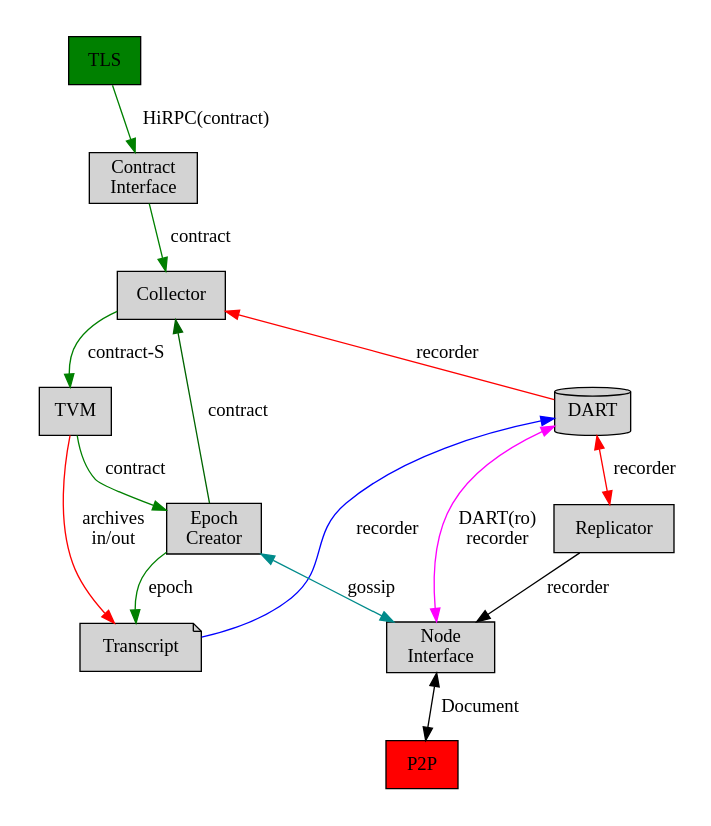
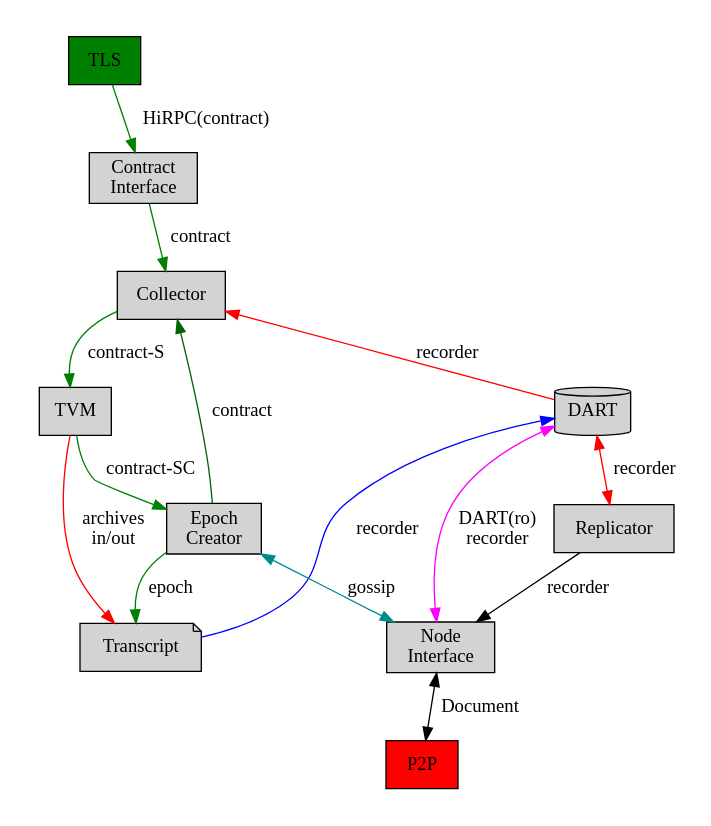
The first of 2 diagrams in documents/architecture/Network_Architecture.md (tagion/tagion), drawn with Graphviz before and after one commit. The commit also changed 1 other file, not shown here.

Commit message:
DOC: TVM updated

````diff
--- a/documents/architecture/Network_Architecture.md
+++ b/documents/architecture/Network_Architecture.md
@@ -30,39 +30,39 @@
 ```graphviz
 digraph Message_flow {
 rankdir=UD;
   compound=true;
   labelangle=35;
   node [style=filled]
   node [ shape = "rect"];
   DART [shape = cylinder];
   TLS [ style=filled fillcolor=green ];
   P2P [ style=filled fillcolor=red]
   ContractInterface [ label="Contract\nInterface"]
   NodeInterface [ label="Node\nInterface"]
   Transcript [shape = note]
   EpochCreator [label="Epoch\nCreator"]
   subgraph cluster_1 {
     peripheries=0;
     TLS -> ContractInterface [label="HiRPC(contract)" color=green];
  	ContractInterface -> Collector [label=contract color=green];
 	Collector -> TVM [label="contract-S" color=green];
 	EpochCreator -> Collector [label=contract color=darkgreen];
 	EpochCreator -> Transcript [label=epoch color=green];
     TVM -> Transcript [label="archives\nin/out" color=red];
   };
  subgraph cluster_2 {
     peripheries=0;
-	TVM -> EpochCreator [label=contract color=green];
+	TVM -> EpochCreator [label="contract-SC" color=green];
     DART -> Replicator [label=recorder color=red dir=both];
   };
   subgraph cluster_3 {
     peripheries=0;
 	DART -> NodeInterface [label="DART(ro)\nrecorder" dir=both color=magenta];
     NodeInterface -> P2P [label=Document dir=both];
   };
   DART -> Collector [label=recorder color=red];
   EpochCreator -> NodeInterface [label=gossip dir=both color=cyan4];
   Transcript -> DART [label=recorder color=blue];
   Replicator -> NodeInterface [label=recorder];
 }
 ```
````
